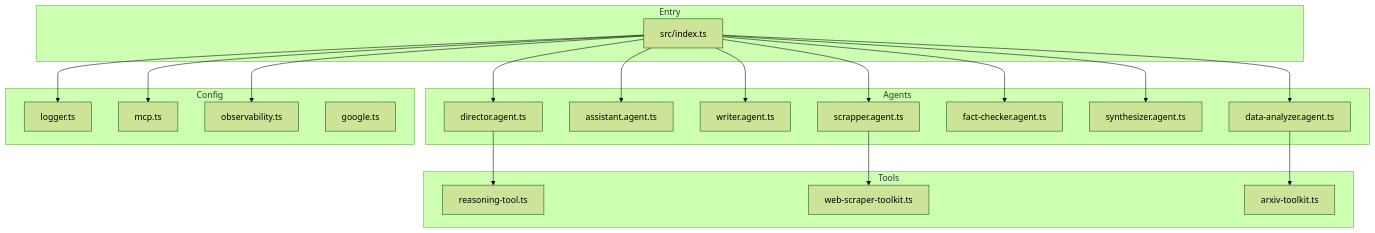
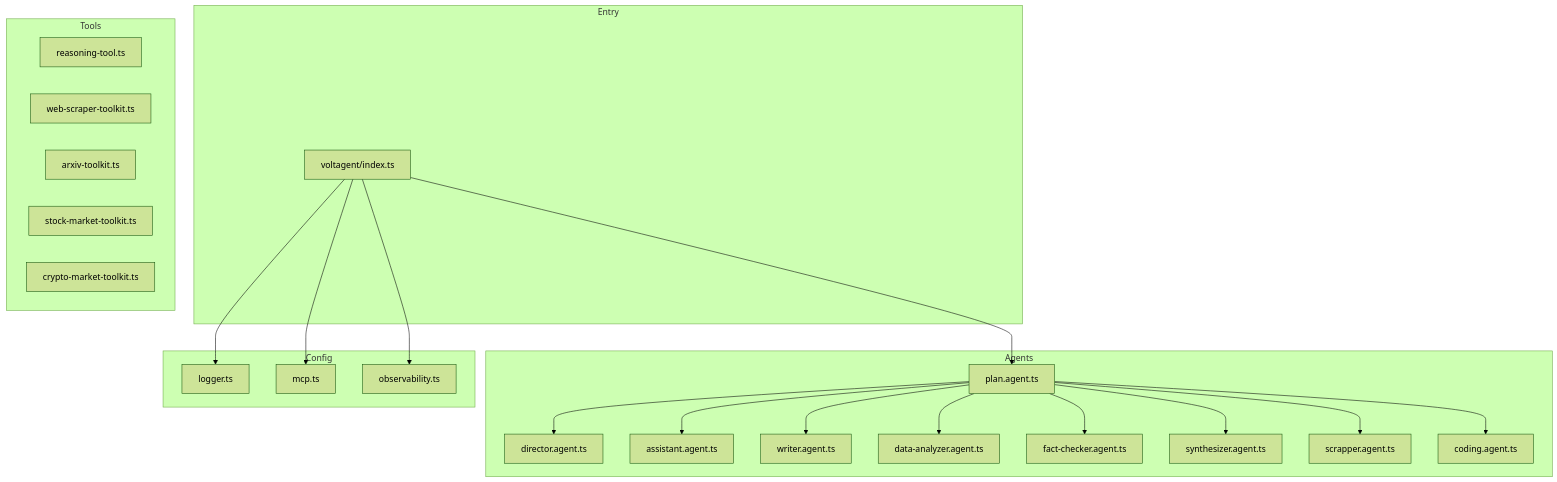
The diagram in memory-bank/techContext.md (ssdeanx/Mastervolt-Deep-Research), drawn with Mermaid (forest theme) before and after one commit. The commit also changed other lines of this file and 13 other files, not shown here.

````diff
--- a/memory-bank/techContext.md
+++ b/memory-bank/techContext.md
@@ -125,35 +118,36 @@
 ```mermaid
 flowchart TB
     subgraph "Entry"
-        Index[src/index.ts]
+        Index[voltagent/index.ts]
     end
-    
+
     subgraph "Agents"
+        Plan[plan.agent.ts]
         Dir[director.agent.ts]
         Ast[assistant.agent.ts]
         Wrt[writer.agent.ts]
         Ana[data-analyzer.agent.ts]
         Fct[fact-checker.agent.ts]
         Syn[synthesizer.agent.ts]
         Scr[scrapper.agent.ts]
+        Cod[coding.agent.ts]
     end
-    
+
     subgraph "Config"
         Log[logger.ts]
         MCP[mcp.ts]
         Obs[observability.ts]
-        Goo[google.ts]
     end
-    
+
     subgraph "Tools"
         Rsn[reasoning-tool.ts]
         Web[web-scraper-toolkit.ts]
         Arx[arxiv-toolkit.ts]
+        Stock[stock-market-toolkit.ts]
+        Crypto[crypto-market-toolkit.ts]
     end
-    
-    Index --> Dir & Ast & Wrt & Ana & Fct & Syn & Scr
+
+    Index --> Plan
+    Plan --> Dir & Ast & Wrt & Ana & Fct & Syn & Scr & Cod
     Index --> Log & MCP & Obs
-    Dir --> Rsn
-    Scr --> Web
-    Ana --> Arx
 ```
````
